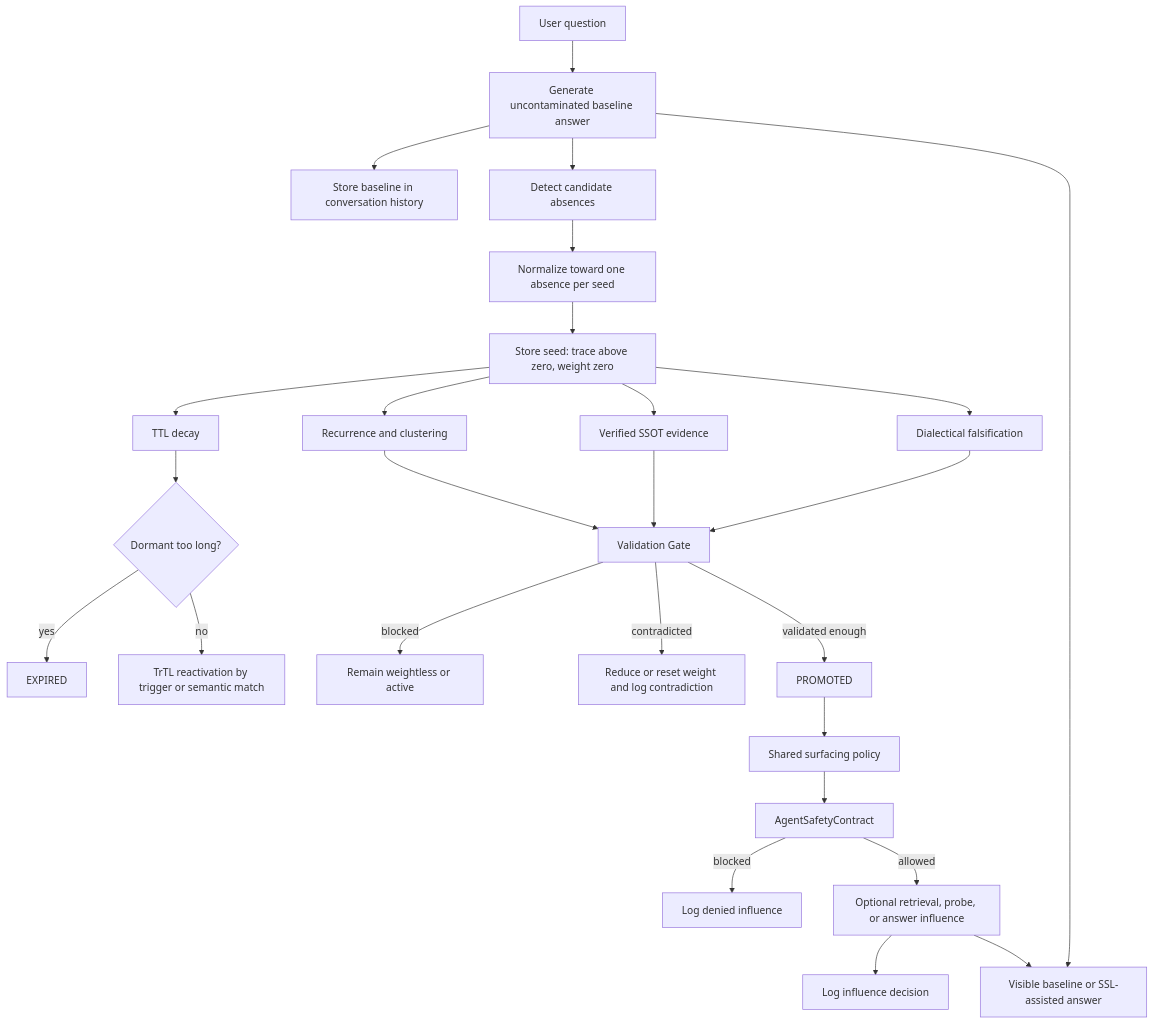
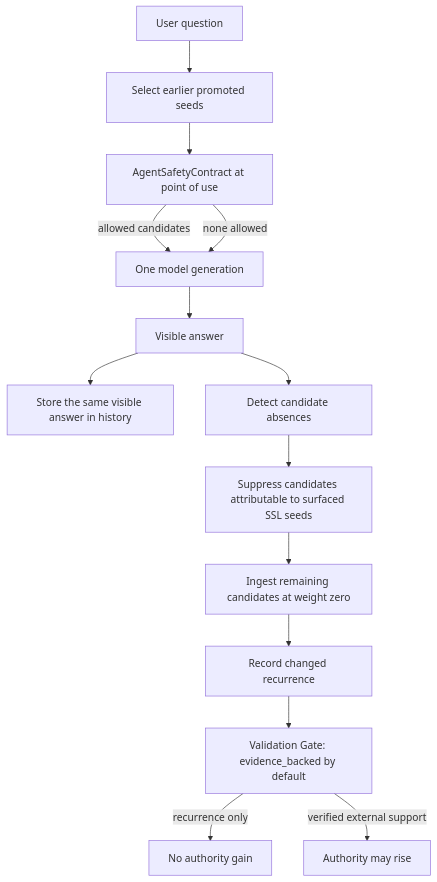
One commit to E-AI-MODEL/shadowseed-pro changed the second of 2 diagrams in README.md. Above: the diagram before and after it, drawn with Mermaid. The commit also changed other lines of this file and 1 other file, not shown here.

Commit message:
Document live and evaluation runtime modes

````diff
--- a/README.md
+++ b/README.md
@@ -196,33 +207,16 @@
 ```mermaid
 flowchart TD
-    Q[User question] --> B[Generate uncontaminated baseline answer]
-    B --> H[Store baseline in conversation history]
-    B --> D[Detect candidate absences]
-    D --> N[Normalize toward one absence per seed]
-    N --> S[Store seed: trace above zero, weight zero]
-
-    S --> T[TTL decay]
-    T --> X{Dormant too long?}
-    X -->|yes| E[EXPIRED]
-    X -->|no| R[TrTL reactivation by trigger or semantic match]
-
-    S --> C[Recurrence and clustering]
-    S --> O[Verified SSOT evidence]
-    S --> F[Dialectical falsification]
-    C --> G[Validation Gate]
-    O --> G
-    F --> G
-
-    G -->|blocked| W[Remain weightless or active]
-    G -->|contradicted| Z[Reduce or reset weight and log contradiction]
-    G -->|validated enough| P[PROMOTED]
-
-    P --> U[Shared surfacing policy]
-    U --> A[AgentSafetyContract]
-    A -->|blocked| L[Log denied influence]
-    A -->|allowed| I[Optional retrieval, probe, or answer influence]
-    I --> J[Log influence decision]
-
-    B --> V[Visible baseline or SSL-assisted answer]
-    I --> V
+    Q[User question] --> U[Select earlier promoted seeds]
+    U --> A[AgentSafetyContract at point of use]
+    A -->|allowed candidates| M[One model generation]
+    A -->|none allowed| M
+    M --> V[Visible answer]
+    V --> H[Store the same visible answer in history]
+    V --> D[Detect candidate absences]
+    D --> X[Suppress candidates attributable to surfaced SSL seeds]
+    X --> N[Ingest remaining candidates at weight zero]
+    N --> R[Record changed recurrence]
+    R --> G[Validation Gate: evidence_backed by default]
+    G -->|recurrence only| B[No authority gain]
+    G -->|verified external support| P[Authority may rise]
 ```
````
